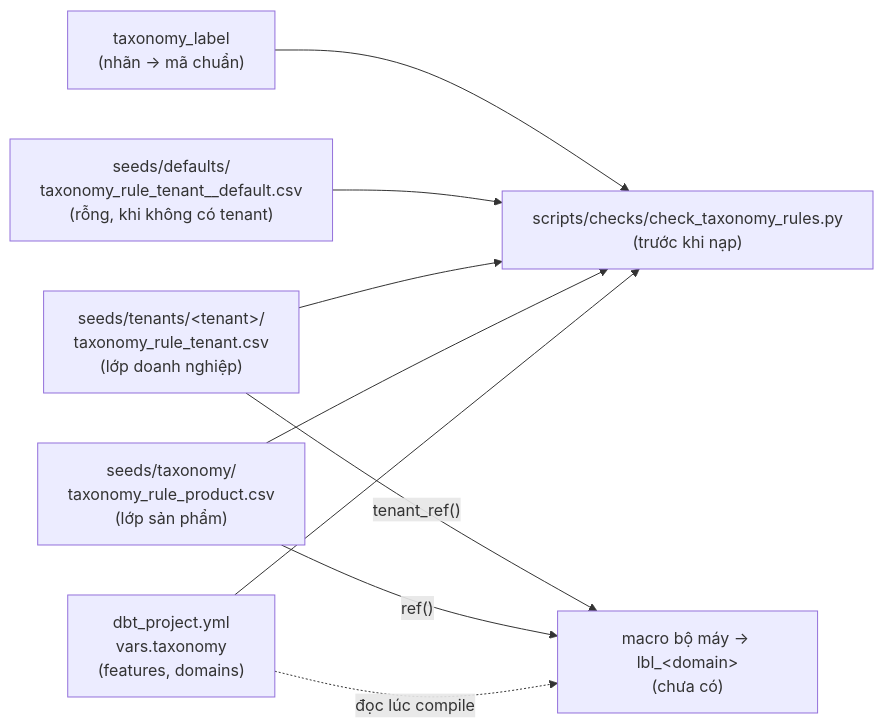
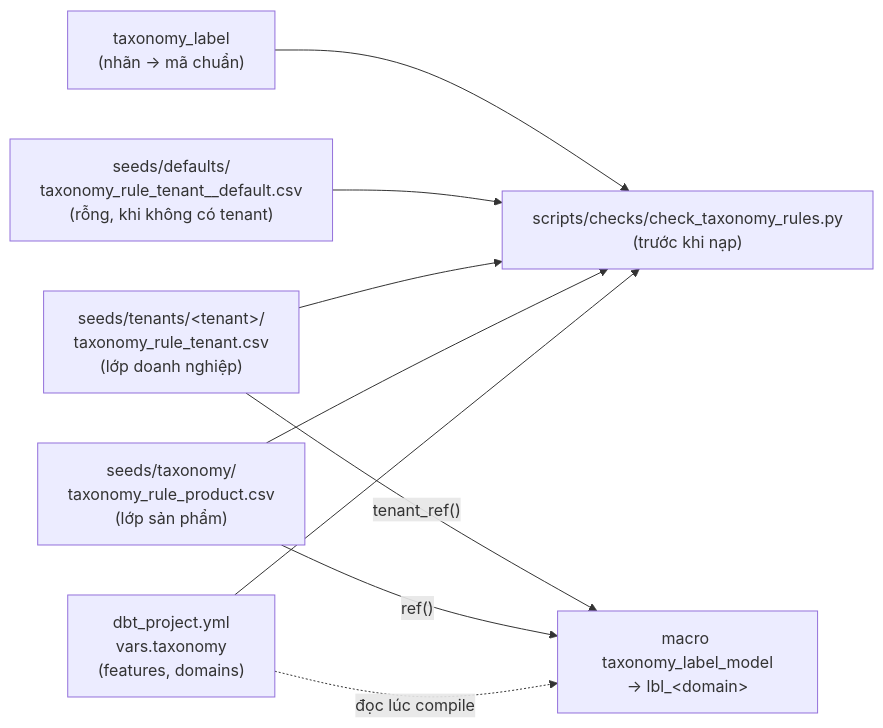
Before and after one commit to vantt/data-integration: the diagram in docs/architecture/taxonomy-engine.md, drawn with Mermaid. The commit also changed other lines of this file and 19 other files, not shown here.

````diff
--- a/docs/architecture/taxonomy-engine.md
+++ b/docs/architecture/taxonomy-engine.md
@@ -161,13 +162,13 @@
 ```mermaid
 flowchart LR
     REG["dbt_project.yml<br/>vars.taxonomy<br/>(features, domains)"]
     RP["seeds/taxonomy/<br/>taxonomy_rule_product.csv<br/>(lớp sản phẩm)"]
     RT["seeds/tenants/&lt;tenant&gt;/<br/>taxonomy_rule_tenant.csv<br/>(lớp doanh nghiệp)"]
     RD["seeds/defaults/<br/>taxonomy_rule_tenant__default.csv<br/>(rỗng, khi không có tenant)"]
     TL["taxonomy_label<br/>(nhãn → mã chuẩn)"]
     V["scripts/checks/check_taxonomy_rules.py<br/>(trước khi nạp)"]
     REG & RP & RT & RD & TL --> V
-    REG -. "đọc lúc compile" .-> ENG["macro bộ máy → lbl_&lt;domain&gt;<br/>(chưa có)"]
+    REG -. "đọc lúc compile" .-> ENG["macro taxonomy_label_model<br/>→ lbl_&lt;domain&gt;"]
     RP -- "ref()" --> ENG
     RT -- "tenant_ref()" --> ENG
 ```
````
